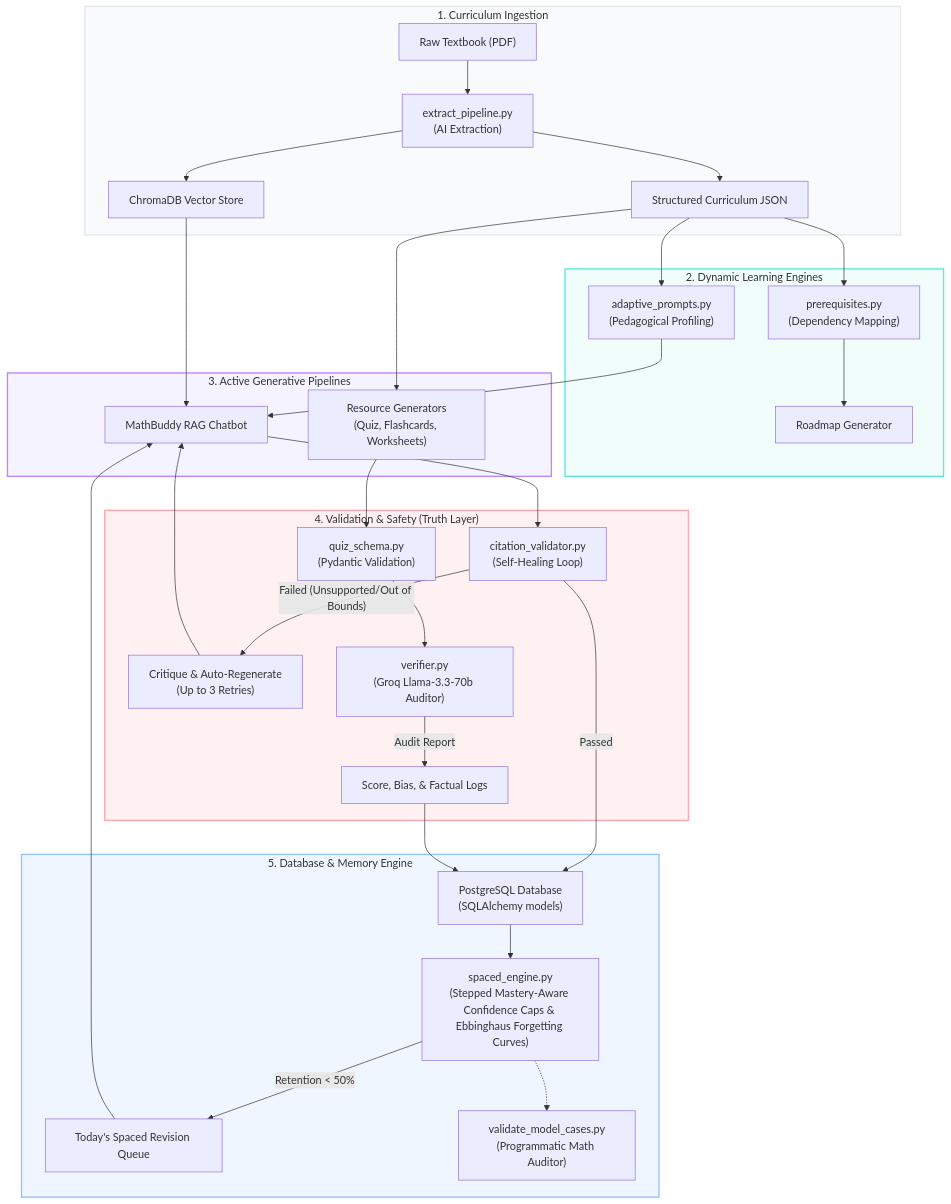
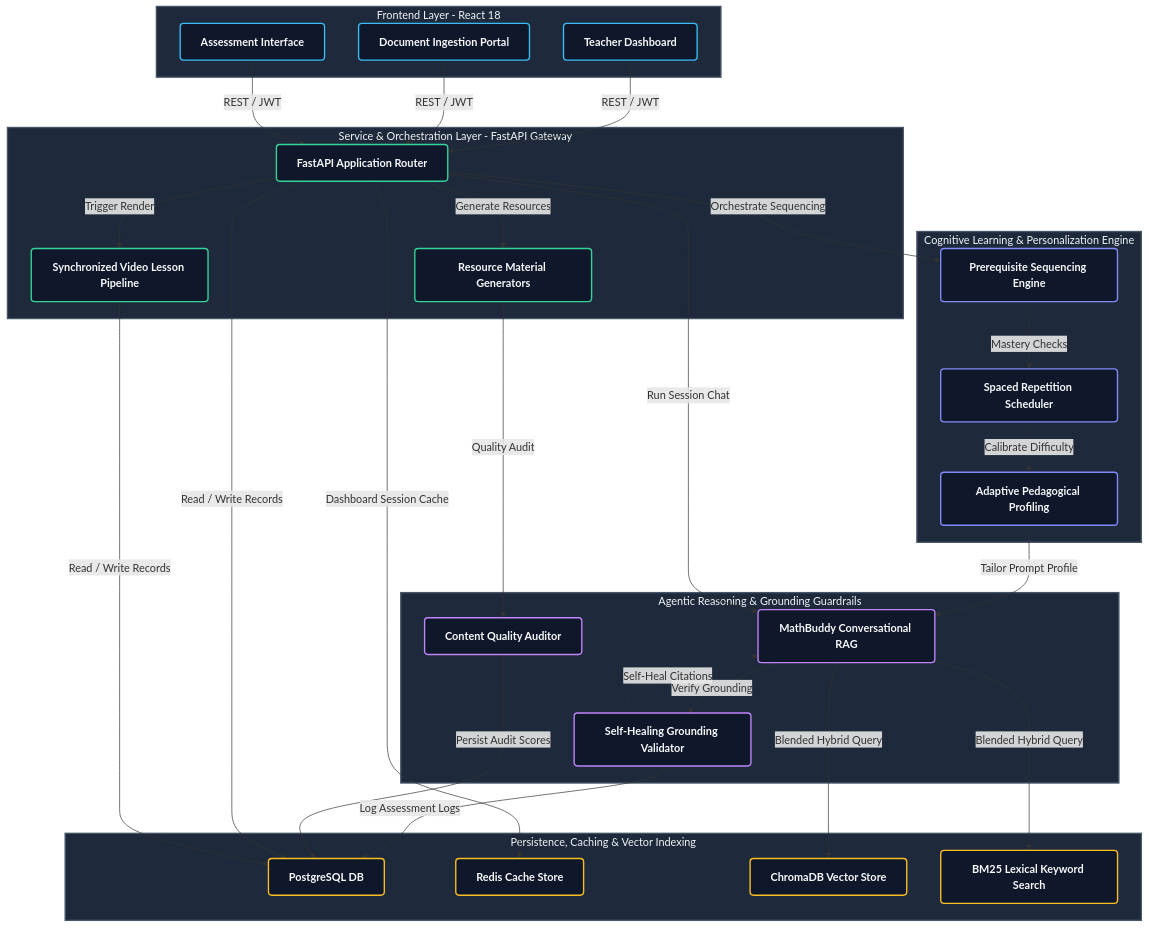
One commit to Harvey-08/ContextCore changed the diagram in README.md. Above: the diagram before and after it, drawn with Mermaid.

Commit message:
refined system architecture diagram

````diff
--- a/README.md
+++ b/README.md
@@ -9,45 +9,72 @@
 ```mermaid
 flowchart TD
-    subgraph INGESTION ["1. Curriculum Ingestion"]
-        PDF["Raw Textbook (PDF)"] --> EP["extract_pipeline.py<br/>(AI Extraction)"]
-        EP --> JSON["Structured Curriculum JSON"]
-        EP --> CDB["ChromaDB Vector Store"]
+    %% Define modern visual classes matching the premium dark aesthetic
+    classDef frontendNode fill:#0f172a,stroke:#38bdf8,stroke-width:2px,color:#f8fafc,font-weight:bold,rx:5px,ry:5px;
+    classDef gatewayNode fill:#0f172a,stroke:#34d399,stroke-width:2px,color:#f8fafc,font-weight:bold,rx:5px,ry:5px;
+    classDef logicNode fill:#0f172a,stroke:#818cf8,stroke-width:2px,color:#f8fafc,font-weight:bold,rx:5px,ry:5px;
+    classDef aiNode fill:#0f172a,stroke:#c084fc,stroke-width:2px,color:#f8fafc,font-weight:bold,rx:5px,ry:5px;
+    classDef dbNode fill:#0f172a,stroke:#fbbf24,stroke-width:2px,color:#f8fafc,font-weight:bold,rx:5px,ry:5px;
+
+    %% Subgraph Styling
+    style FRONTEND_LAYER fill:#1e293b,stroke:#475569,stroke-width:2px,color:#f1f5f9
+    style SERVICE_LAYER fill:#1e293b,stroke:#475569,stroke-width:2px,color:#f1f5f9
+    style CORE_LAYER fill:#1e293b,stroke:#475569,stroke-width:2px,color:#f1f5f9
+    style AGENT_LAYER fill:#1e293b,stroke:#475569,stroke-width:2px,color:#f1f5f9
+    style DB_LAYER fill:#1e293b,stroke:#475569,stroke-width:2px,color:#f1f5f9
+
+    subgraph FRONTEND_LAYER ["Frontend Layer - React 18"]
+        FD["Teacher Dashboard"]
+        FI["Document Ingestion Portal"]
+        FQ["Assessment Interface"]
     end
 
-    subgraph ENGINE ["2. Dynamic Learning Engines"]
-        JSON --> PE["prerequisites.py<br/>(Dependency Mapping)"]
-        JSON --> AP["adaptive_prompts.py<br/>(Pedagogical Profiling)"]
-        PE --> ROAD["Roadmap Generator"]
+    subgraph SERVICE_LAYER ["Service & Orchestration Layer - FastAPI Gateway"]
+        GW["FastAPI Application Router"]
+        VE["Synchronized Video Lesson Pipeline"]
+        GE["Resource Material Generators"]
     end
 
-    subgraph INTERFACE ["3. Active Generative Pipelines"]
-        CDB --> MB["MathBuddy RAG Chatbot"]
-        AP --> MB
-        JSON --> GEN["Resource Generators<br/>(Quiz, Flashcards, Worksheets)"]
+    subgraph CORE_LAYER ["Cognitive Learning & Personalization Engine"]
+        PE["Prerequisite Sequencing Engine"]
+        SE["Spaced Repetition Scheduler"]
+        AP["Adaptive Pedagogical Profiling"]
     end
 
-    subgraph GUARDRAILS ["4. Validation & Safety (Truth Layer)"]
-        MB --> CV["citation_validator.py<br/>(Self-Healing Loop)"]
-        CV -- "Failed (Unsupported/Out of Bounds)" --> CV_HEAL["Critique & Auto-Regenerate<br/>(Up to 3 Retries)"]
-        CV_HEAL --> MB
-        
-        GEN --> Pyd["quiz_schema.py<br/>(Pydantic Validation)"]
-        Pyd --> V["verifier.py<br/>(Groq Llama-3.3-70b Auditor)"]
-        V -- "Audit Report" --> V_LOG["Score, Bias, & Factual Logs"]
+    subgraph AGENT_LAYER ["Agentic Reasoning & Grounding Guardrails"]
+        RAG["MathBuddy Conversational RAG"]
+        CV["Self-Healing Grounding Validator"]
+        AV["Content Quality Auditor"]
     end
 
-    subgraph COGNITIVE ["5. Database & Memory Engine"]
-        CV -- "Passed" --> DB["PostgreSQL Database<br/>(SQLAlchemy models)"]
-        V_LOG --> DB
-        DB --> SE["spaced_engine.py<br/>(Stepped Mastery-Aware Confidence Caps & Ebbinghaus Forgetting Curves)"]
-        SE --> |"Retention < 50%"| REV["Today's Spaced Revision Queue"]
-        REV --> MB
-        SE -.-> VAL["validate_model_cases.py<br/>(Programmatic Math Auditor)"]
+    subgraph DB_LAYER ["Persistence, Caching & Vector Indexing"]
+        PG["PostgreSQL DB"]
+        RD["Redis Cache Store"]
+        CH["ChromaDB Vector Store"]
+        BM["BM25 Lexical Keyword Search"]
     end
 
-    style INGESTION fill:#f9fafb,stroke:#e5e7eb,stroke-width:2px
-    style ENGINE fill:#f0fdfa,stroke:#5eead4,stroke-width:2px
-    style INTERFACE fill:#f5f3ff,stroke:#c084fc,stroke-width:2px
-    style GUARDRAILS fill:#fff1f2,stroke:#fda4af,stroke-width:2px
-    style COGNITIVE fill:#eff6ff,stroke:#93c5fd,stroke-width:2px
+    %% Apply class mappings
+    class FD,FI,FQ frontendNode;
+    class GW,VE,GE gatewayNode;
+    class PE,SE,AP logicNode;
+    class RAG,CV,AV aiNode;
+    class PG,RD,CH,BM dbNode;
+
+    %% Inter-layer connections with clear labels and directions
+    FD & FI & FQ -->|REST / JWT| GW
+    GW -->|Trigger Render| VE
+    GW -->|Generate Resources| GE
+    GW -->|Orchestrate Sequencing| PE
+    PE -->|Mastery Checks| SE
+    SE -->|Calibrate Difficulty| AP
+    AP -->|Tailor Prompt Profile| RAG
+    GW -->|Run Session Chat| RAG
+    RAG -->|Verify Grounding| CV
+    CV -.->|Self-Heal Citations| RAG
+    GE -->|Quality Audit| AV
+    CV -->|Log Assessment Logs| PG
+    AV -->|Persist Audit Scores| PG
+    RAG -->|Blended Hybrid Query| CH & BM
+    GW & VE -->|Read / Write Records| PG
+    GW -->|Dashboard Session Cache| RD
 ```
````
